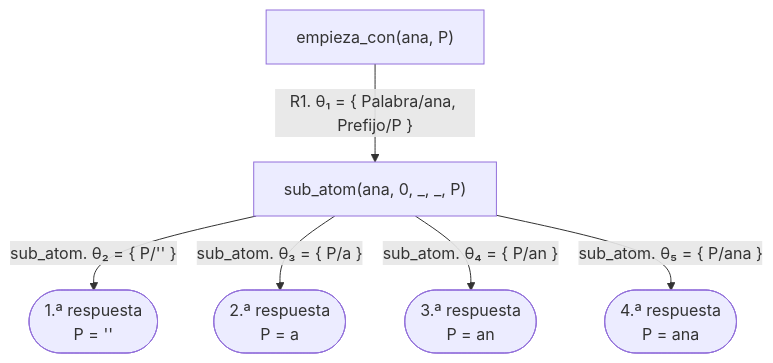
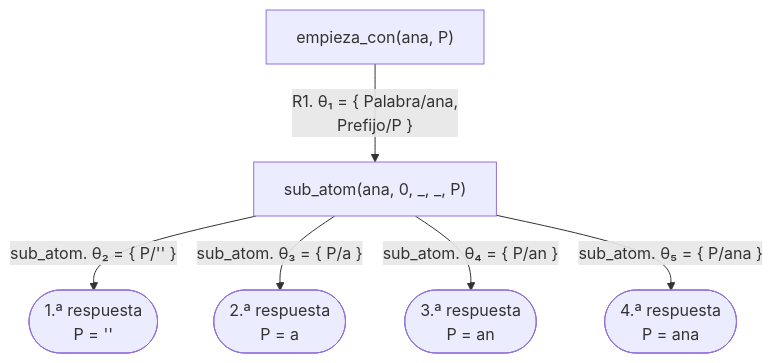
One commit to CesarBallardini/curso-de-prolog changed the first of 6 diagrams in docs/capitulo-11-texto/index.md. Above: the diagram before and after it, drawn with Mermaid. The commit also changed other lines of this file and 24 other files, not shown here.

First line of the commit message:
feat(docs): botones para ocultar las columnas laterales y etiquetas cortas en los diagramas

````diff
--- a/docs/capitulo-11-texto/index.md
+++ b/docs/capitulo-11-texto/index.md
@@ -428,8 +428,8 @@
 ```mermaid
 flowchart TD
-    A["empieza_con(ana, P)"] -- "R1. θ₁ = {&nbsp;Palabra/ana, Prefijo/P&nbsp;}" --> B["sub_atom(ana, 0, _, _, P)"]
+    A["empieza_con(ana, P)"] -- "R1. θ₁ = {&nbsp;Palabra/ana,<br/>Prefijo/P&nbsp;}" --> B["sub_atom(ana, 0, _, _, P)"]
     B -- "sub_atom. θ₂ = {&nbsp;P/''&nbsp;}" --> S1(["1.ª respuesta<br/>P = ''"])
     B -- "sub_atom. θ₃ = {&nbsp;P/a&nbsp;}" --> S2(["2.ª respuesta<br/>P = a"])
     B -- "sub_atom. θ₄ = {&nbsp;P/an&nbsp;}" --> S3(["3.ª respuesta<br/>P = an"])
     B -- "sub_atom. θ₅ = {&nbsp;P/ana&nbsp;}" --> S4(["4.ª respuesta<br/>P = ana"])
 ```
````
